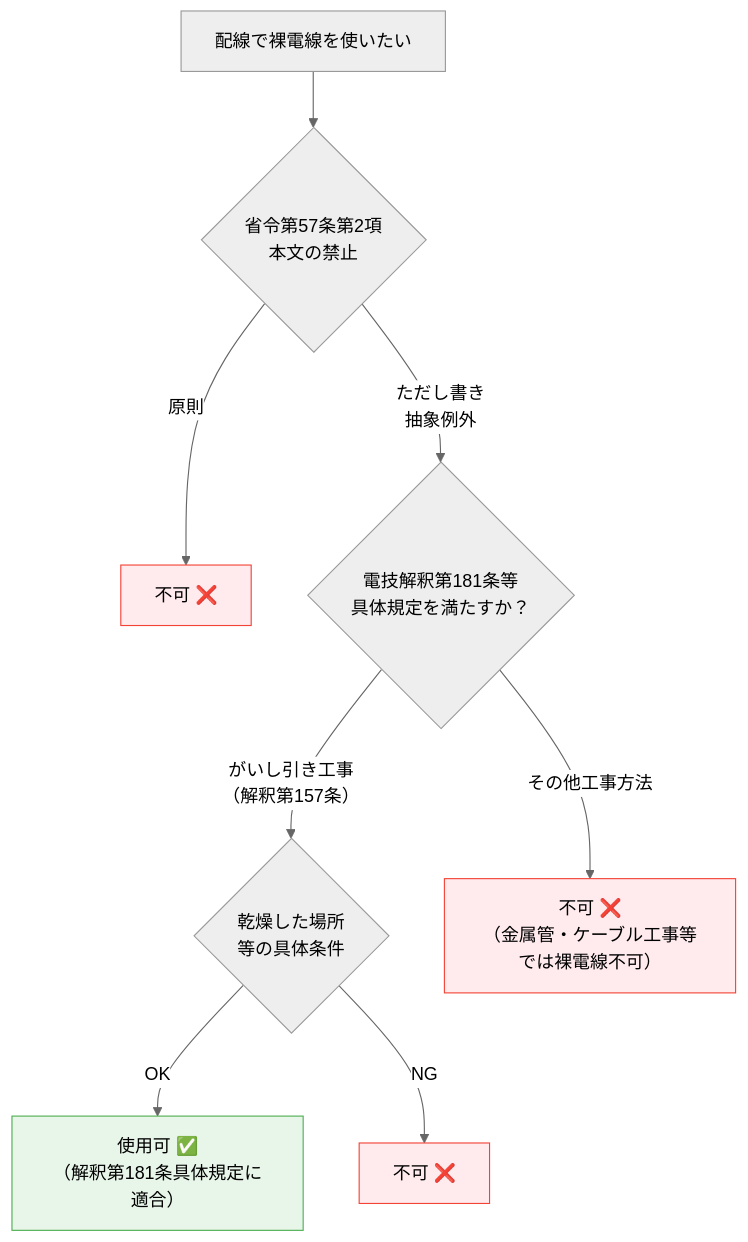
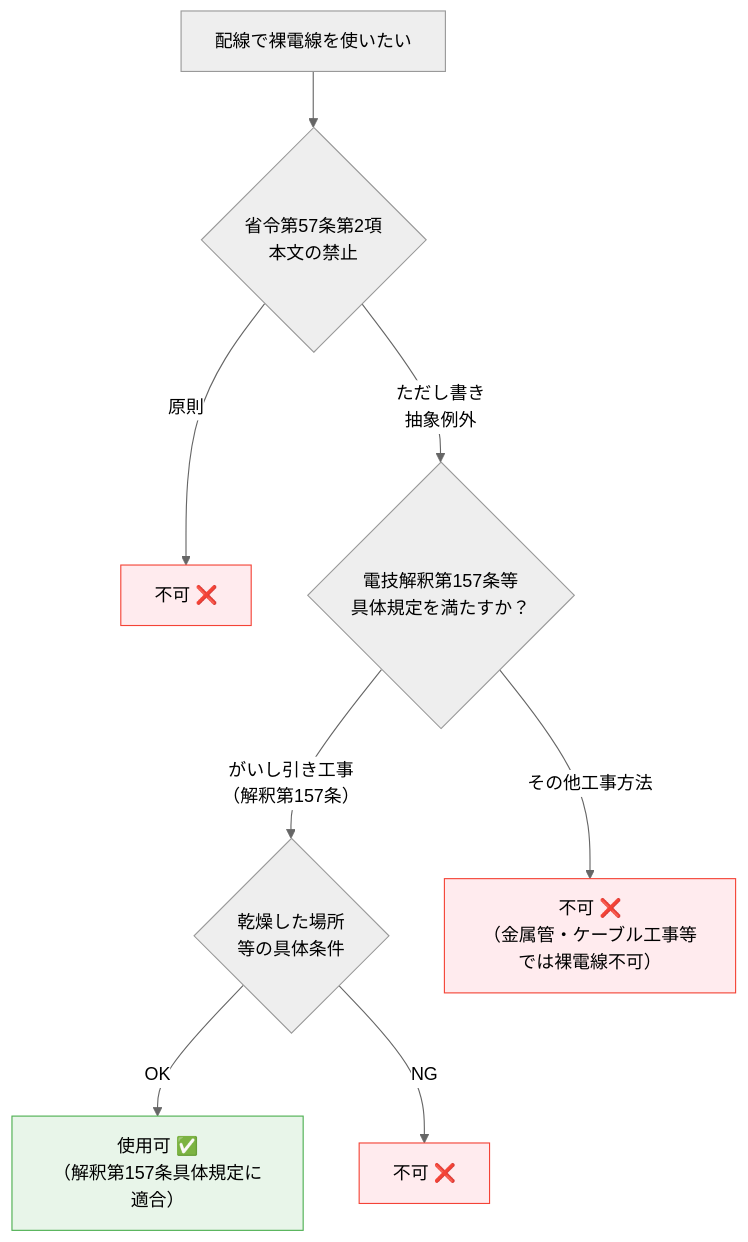
The diagram in docs/articles/kijun/57.md (kfurufuru/denken-wiki), drawn with Mermaid (neutral theme) before and after one commit. The commit also changed other lines of this file and 9 other files, not shown here.

````diff
--- a/docs/articles/kijun/57.md
+++ b/docs/articles/kijun/57.md
@@ -202,15 +202,15 @@
 ```mermaid
 flowchart TD
     START["配線で裸電線を使いたい"] --> Q0{"省令第57条第2項<br/>本文の禁止"}
     Q0 -->|"原則"| BAN["不可 ❌"]
-    Q0 -->|"ただし書き<br/>抽象例外"| Q1{"電技解釈第181条等<br/>具体規定を満たすか？"}
+    Q0 -->|"ただし書き<br/>抽象例外"| Q1{"電技解釈第157条等<br/>具体規定を満たすか？"}
     Q1 -->|"がいし引き工事<br/>（解釈第157条）"| Q2{"乾燥した場所<br/>等の具体条件"}
-    Q2 -->|"OK"| OK["使用可 ✅<br/>（解釈第181条具体規定に適合）"]
+    Q2 -->|"OK"| OK["使用可 ✅<br/>（解釈第157条具体規定に適合）"]
     Q2 -->|"NG"| NG2["不可 ❌"]
     Q1 -->|"その他工事方法"| NG1["不可 ❌<br/>（金属管・ケーブル工事等では裸電線不可）"]
 
     style OK fill:#e8f5e9,stroke:#4caf50
     style BAN fill:#ffebee,stroke:#f44336
     style NG1 fill:#ffebee,stroke:#f44336
     style NG2 fill:#ffebee,stroke:#f44336
 ```
````
